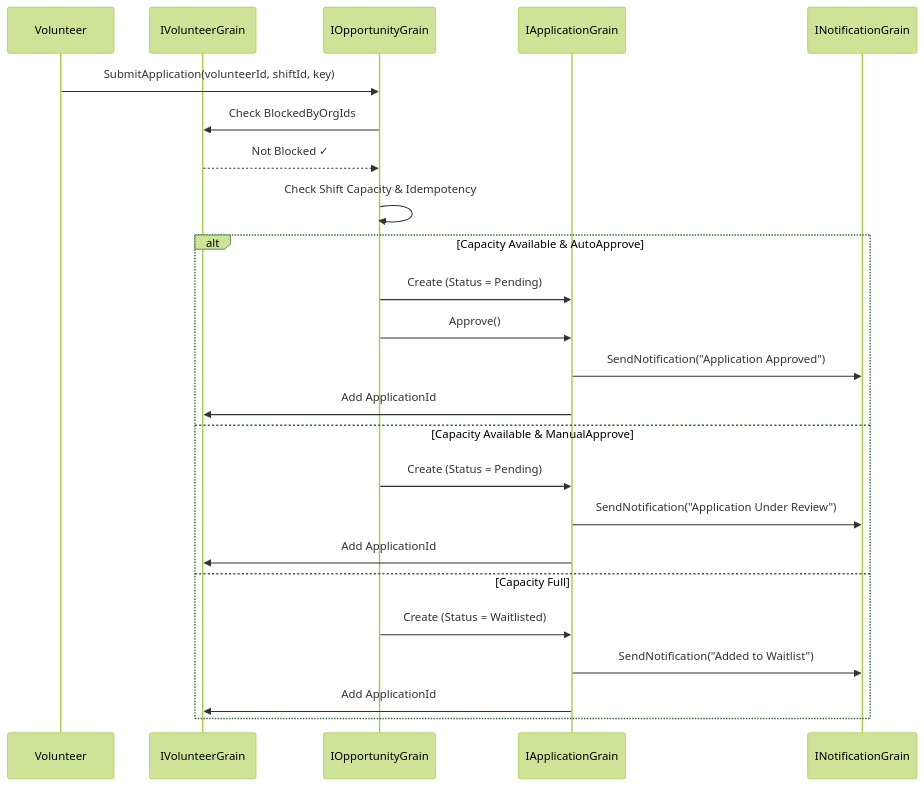
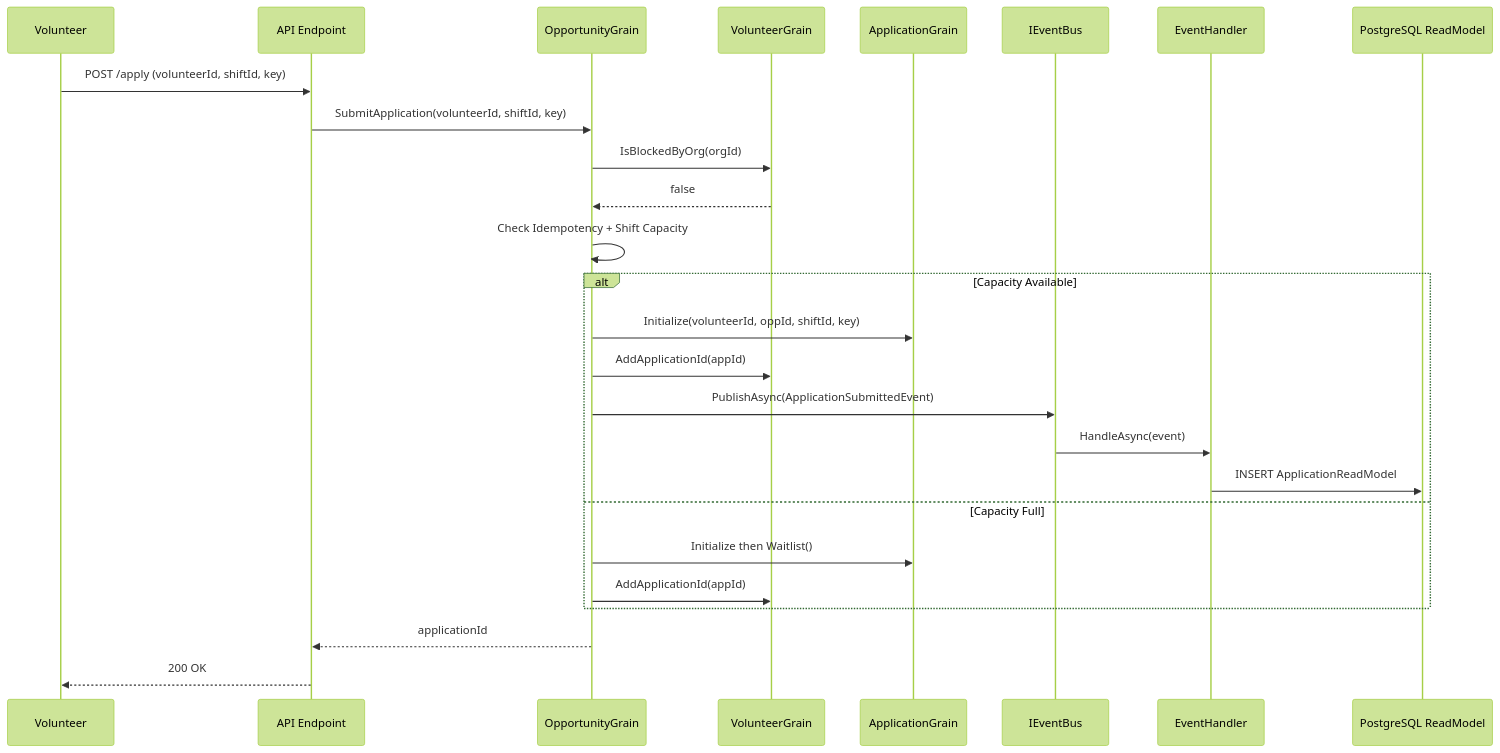
One commit to young-bob/CAD-Capstone changed the fourth of 5 diagrams in Code_V2/UML.md. Above: the diagram before and after it, drawn with Mermaid (forest theme). The commit also changed other lines of this file and 2 other files, not shown here.

````diff
--- a/Code_V2/UML.md
+++ b/Code_V2/UML.md
@@ -372,29 +569,31 @@
-``` mermaid
+```mermaid
 sequenceDiagram
-    %% ================= Core Flow: Volunteer Applies to Opportunity =================
     participant V as Volunteer
-    participant VG as IVolunteerGrain
-    participant OG as IOpportunityGrain
-    participant AG as IApplicationGrain
-    participant NG as INotificationGrain
+    participant API as API Endpoint
+    participant OG as OpportunityGrain
+    participant VG as VolunteerGrain
+    participant AG as ApplicationGrain
+    participant EB as IEventBus
+    participant EH as EventHandler
+    participant DB as PostgreSQL ReadModel
 
-    V->>OG: SubmitApplication(volunteerId, shiftId, key)
-    OG->>VG: Check BlockedByOrgIds
-    VG-->>OG: Not Blocked ✓
-    OG->>OG: Check Shift Capacity & Idempotency
-    
-    alt Capacity Available & AutoApprove
-        OG->>AG: Create (Status = Pending)
-        OG->>AG: Approve()
-        AG->>NG: SendNotification("Application Approved")
-        AG->>VG: Add ApplicationId
-    else Capacity Available & ManualApprove
-        OG->>AG: Create (Status = Pending)
-        AG->>NG: SendNotification("Application Under Review")
-        AG->>VG: Add ApplicationId
+    V->>API: POST /apply (volunteerId, shiftId, key)
+    API->>OG: SubmitApplication(volunteerId, shiftId, key)
+    OG->>VG: IsBlockedByOrg(orgId)
+    VG-->>OG: false
+    OG->>OG: Check Idempotency + Shift Capacity
+
+    alt Capacity Available
+        OG->>AG: Initialize(volunteerId, oppId, shiftId, key)
+        OG->>VG: AddApplicationId(appId)
+        OG->>EB: PublishAsync(ApplicationSubmittedEvent)
+        EB->>EH: HandleAsync(event)
+        EH->>DB: INSERT ApplicationReadModel
     else Capacity Full
-        OG->>AG: Create (Status = Waitlisted)
-        AG->>NG: SendNotification("Added to Waitlist")
-        AG->>VG: Add ApplicationId
+        OG->>AG: Initialize then Waitlist()
+        OG->>VG: AddApplicationId(appId)
     end
+
+    OG-->>API: applicationId
+    API-->>V: 200 OK
 ```
````
